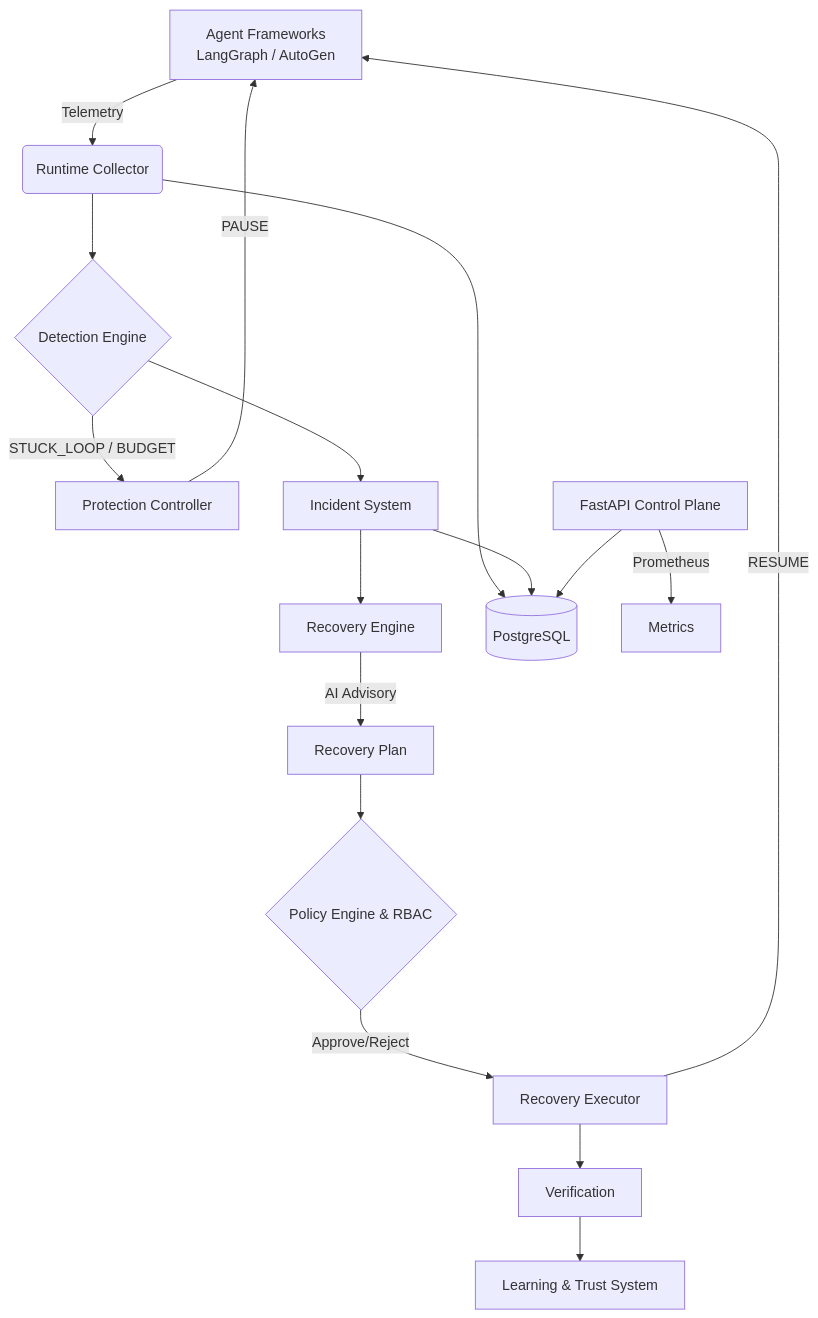
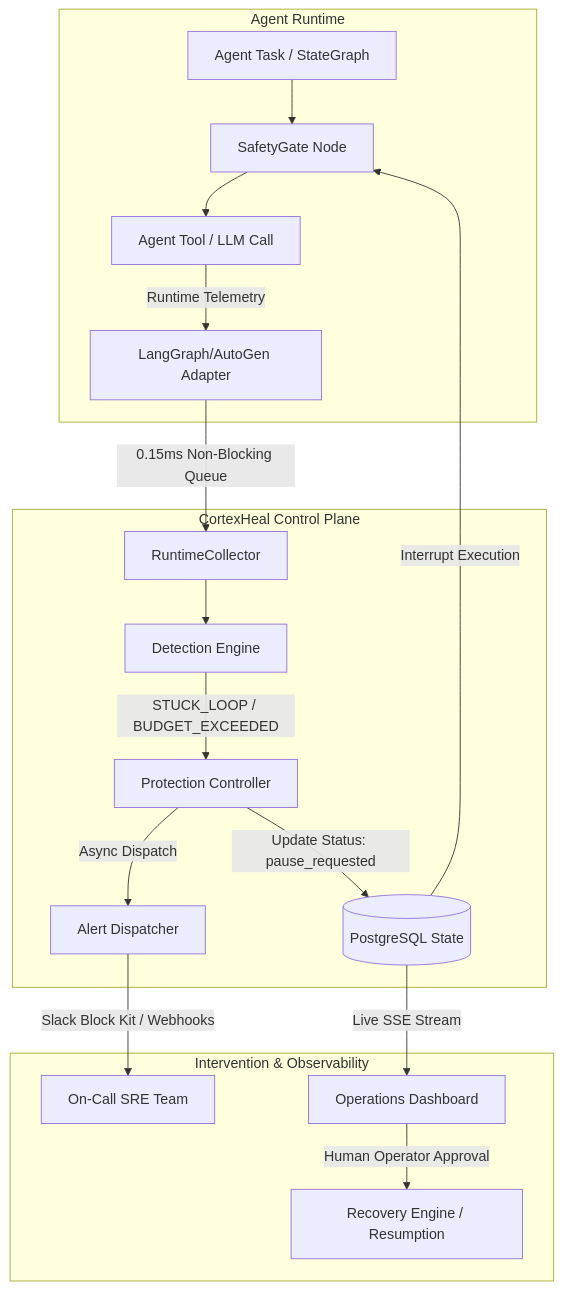
Before and after one commit to Ashitpatel001/Cortexheal: the diagram in README.md, drawn with Mermaid. The commit also changed other lines of this file and 98 other files, not shown here.

````diff
--- a/README.md
+++ b/README.md
@@ -21,21 +37,23 @@
 ```mermaid
-graph TD
-    A[Agent Frameworks <br/> LangGraph / AutoGen] -->|Telemetry| B(Runtime Collector)
-    B --> C{Detection Engine}
-    C -->|STUCK_LOOP / BUDGET| D[Protection Controller]
-    D -->|PAUSE| A
-    C --> E[Incident System]
-    E --> F[Recovery Engine]
-    F -->|AI Advisory| G[Recovery Plan]
-    G --> H{Policy Engine & RBAC}
-    H -->|Approve/Reject| I[Recovery Executor]
-    I -->|RESUME| A
-    I --> J[Verification]
-    J --> K[Learning & Trust System]
-    
-    B --> DB[(PostgreSQL)]
-    E --> DB
-    
-    subapi[FastAPI Control Plane] --> DB
-    subapi -->|Prometheus| M[Metrics]
+flowchart TD
+    subgraph Agent Runtime
+        A[Agent Task / StateGraph] --> B[SafetyGate Node]
+        B --> C[Agent Tool / LLM Call]
+        C -->|Runtime Telemetry| D[LangGraph/AutoGen Adapter]
+    end
+
+    subgraph CortexHeal Control Plane
+        D -->|0.15ms Non-Blocking Queue| E[RuntimeCollector]
+        E --> F[Detection Engine]
+        F -->|STUCK_LOOP / BUDGET_EXCEEDED| G[Protection Controller]
+        G -->|Update Status: pause_requested| H[(PostgreSQL State)]
+        G -->|Async Dispatch| I[Alert Dispatcher]
+    end
+
+    subgraph Intervention & Observability
+        H -->|Interrupt Execution| B
+        I -->|Slack Block Kit / Webhooks| J[On-Call SRE Team]
+        H -->|Live SSE Stream| K[Operations Dashboard]
+        K -->|Human Operator Approval| L[Recovery Engine / Resumption]
+    end
 ```
````
